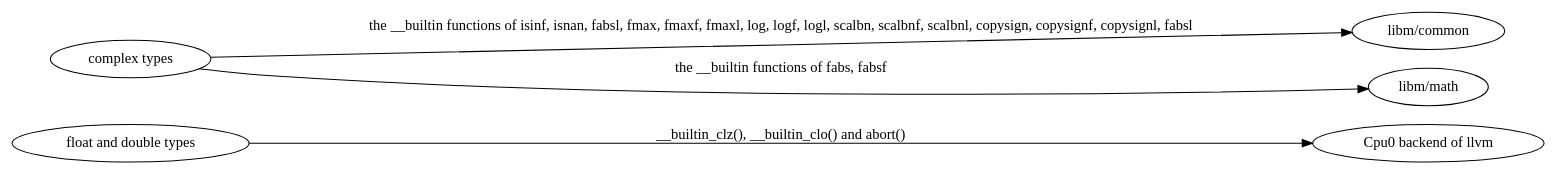
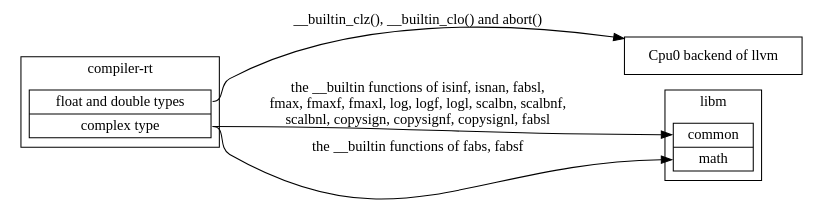
Before and after one commit to Jonathan2251/lbt: the diagram in Fig/lib/compiler-rt-dep.gv, drawn with Graphviz. The commit also changed 2 other files, not shown here.

Commit message:
lib.rst: compiler-rt-dep-short.gv

```diff
--- a/Fig/lib/compiler-rt-dep.gv
+++ b/Fig/lib/compiler-rt-dep.gv
@@ -1,8 +1,23 @@
 // dot -Tpng compiler-rt-dep.gv -o compiler-rt-dep.png
 digraph G {
   rankdir=LR;
 
-  "float and double types" -> "Cpu0 backend of llvm" [ label = "__builtin_clz(), __builtin_clo() and abort()" ];
-  "complex types" -> "libm/common" [ label = "the __builtin functions of isinf, isnan, fabsl, fmax, fmaxf, fmaxl, log, logf, logl, scalbn, scalbnf, scalbnl, copysign, copysignf, copysignl, fabsl" ];
-  "complex types" -> "libm/math" [ label = "the __builtin functions of fabs, fabsf" ];
+  compound=true;
+  node [shape=record];
+
+  subgraph cluster_compiler_rt {
+    label = "compiler-rt";
+    compiler_rt [label="<fdt> float and double types | <ct> complex type"];
+  }
+
+  node [label = "Cpu0 backend of llvm"]; cpu0;
+
+  subgraph cluster_libm {
+    label = "libm";
+    libm [label="<c> common | <ma> math"];
+  }
+
+  compiler_rt:ct -> libm:c [label = "the __builtin functions of isinf, isnan, fabsl, \n fmax, fmaxf, fmaxl, log, logf, logl, scalbn, scalbnf, \n scalbnl, copysign, copysignf, copysignl, fabsl" ];
+  compiler_rt:ct -> libm:ma [label = "the __builtin functions of fabs, fabsf" ];
+  compiler_rt:fdt -> cpu0 [label = "__builtin_clz(), __builtin_clo() and abort()" ];
 }
```
